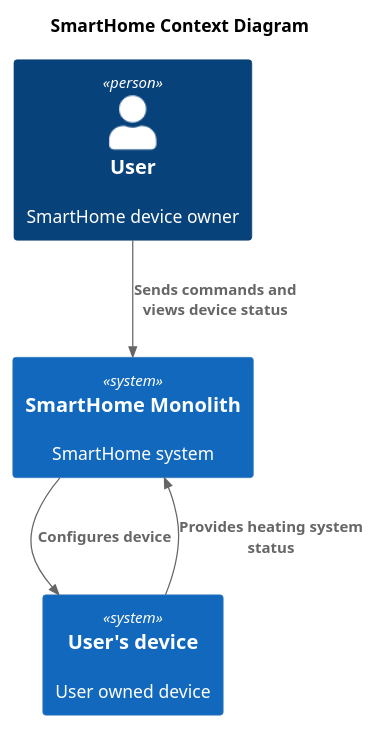
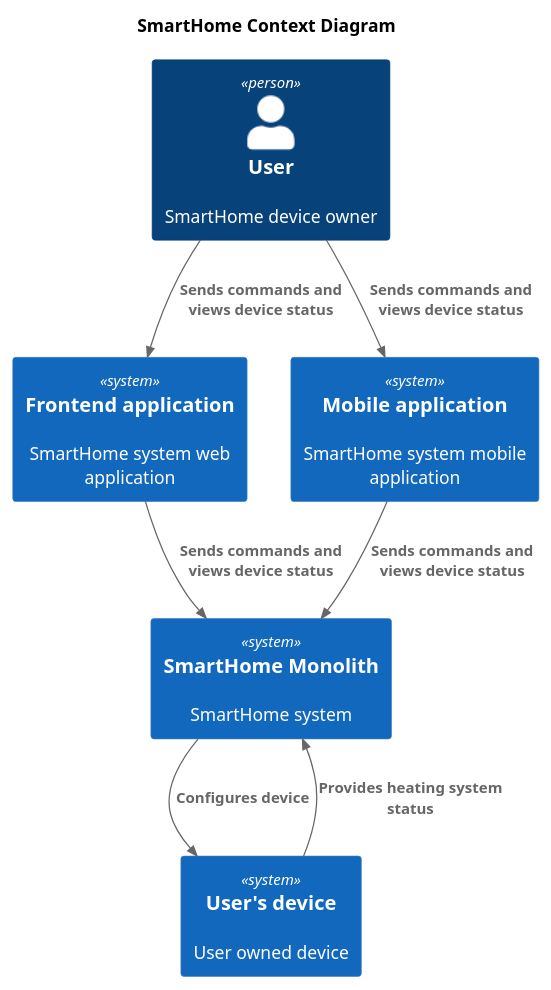
One commit to popovanton/swa-practicum-sprint-3 changed the diagram in puml/Context_monolith_part1_task1.puml. Above: the diagram before and after it, drawn with PlantUML. The commit also changed 4 other files, not shown here.

```diff
--- a/puml/Context_monolith_part1_task1.puml
+++ b/puml/Context_monolith_part1_task1.puml
@@ -1,16 +1,21 @@
 @startuml
 title SmartHome Context Diagram
 
 top to bottom direction
 
 !includeurl https://raw.githubusercontent.com/RicardoNiepel/C4-PlantUML/master/C4_Component.puml
 
 Person(user, "User", "SmartHome device owner")
+System(FrontendApp, "Frontend application", "SmartHome system web application")
+System(MobileApp, "Mobile application", "SmartHome system mobile application")
 System(SmartHomeMonolith, "SmartHome Monolith", "SmartHome system")
 System(device, "User's device", "User owned device")
 
-Rel(user, SmartHomeMonolith, "Sends commands and views device status")
+Rel(user, FrontendApp, "Sends commands and views device status")
+Rel(user, MobileApp, "Sends commands and views device status")
+Rel(FrontendApp, SmartHomeMonolith, "Sends commands and views device status")
+Rel(MobileApp, SmartHomeMonolith, "Sends commands and views device status")
 Rel(SmartHomeMonolith, device, "Configures device")
 Rel(device, SmartHomeMonolith, "Provides heating system status")
 
 @enduml
```
